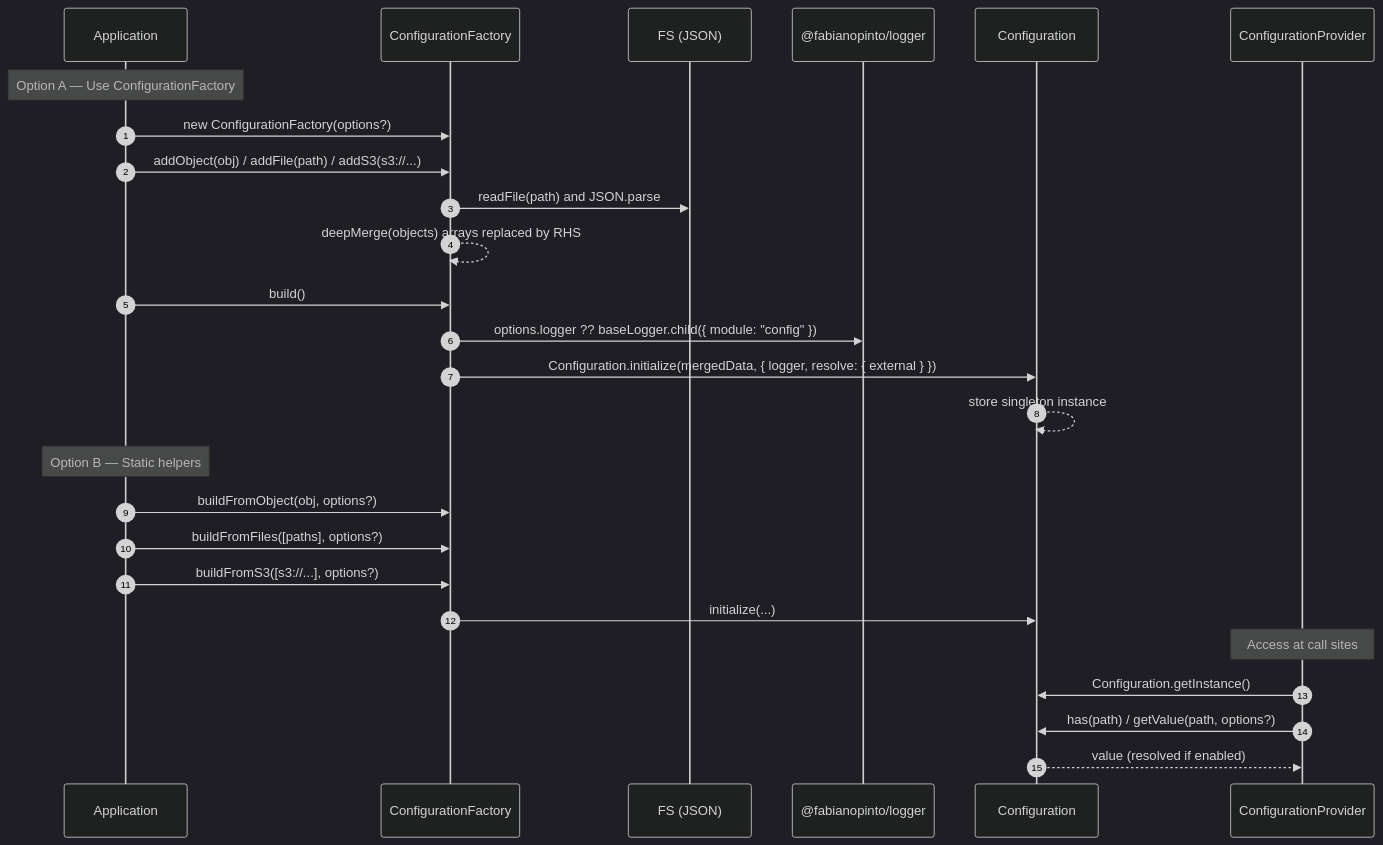
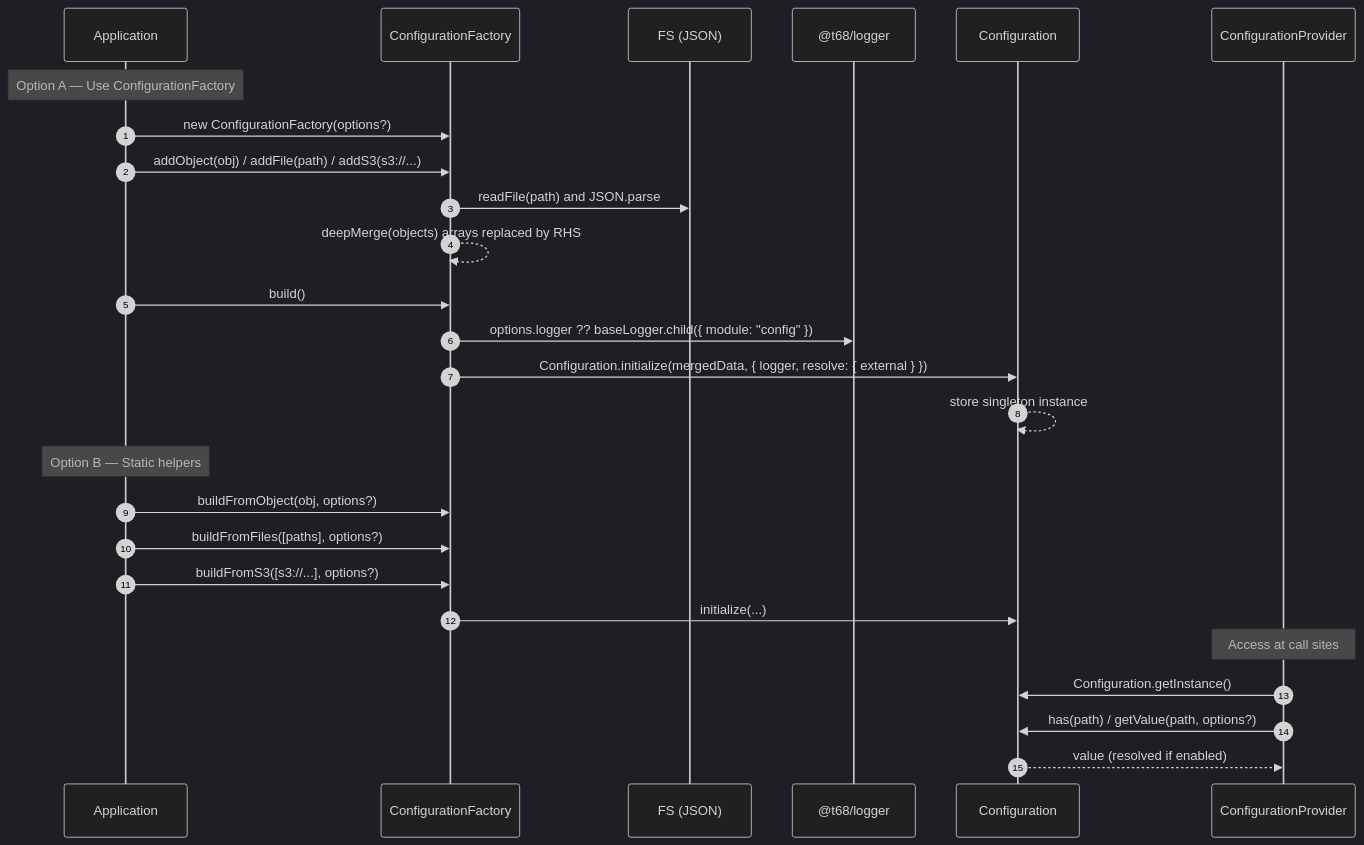
Before and after one commit to fabianopinto/ts-common: the second of 3 diagrams in packages/config/README.md, drawn with Mermaid (dark theme). The commit also changed other lines of this file and 44 other files, not shown here.

````diff
--- a/packages/config/README.md
+++ b/packages/config/README.md
@@ -287,31 +287,31 @@
 ```mermaid
 sequenceDiagram
   autonumber
   participant App as Application
   participant Factory as ConfigurationFactory
   participant FS as FS (JSON)
-  participant Logger as @fabianopinto/logger
+  participant Logger as @t68/logger
   participant Config as Configuration
   participant Provider as ConfigurationProvider
 
   Note over App: Option A — Use ConfigurationFactory
   App->>Factory: new ConfigurationFactory(options?)
   App->>Factory: addObject(obj) / addFile(path) / addS3(s3://...)
   Factory->>FS: readFile(path) and JSON.parse
   Factory-->>Factory: deepMerge(objects) arrays replaced by RHS
   App->>Factory: build()
   Factory->>Logger: options.logger ?? baseLogger.child({ module: "config" })
   Factory->>Config: Configuration.initialize(mergedData, { logger, resolve: { external } })
   Config-->>Config: store singleton instance
 
   Note over App: Option B — Static helpers
   App->>Factory: buildFromObject(obj, options?)
   App->>Factory: buildFromFiles([paths], options?)
   App->>Factory: buildFromS3([s3://...], options?)
   Factory->>Config: initialize(...)
 
   Note over Provider: Access at call sites
   Provider->>Config: Configuration.getInstance()
   Provider->>Config: has(path) / getValue(path, options?)
   Config-->>Provider: value (resolved if enabled)
 ```
````
